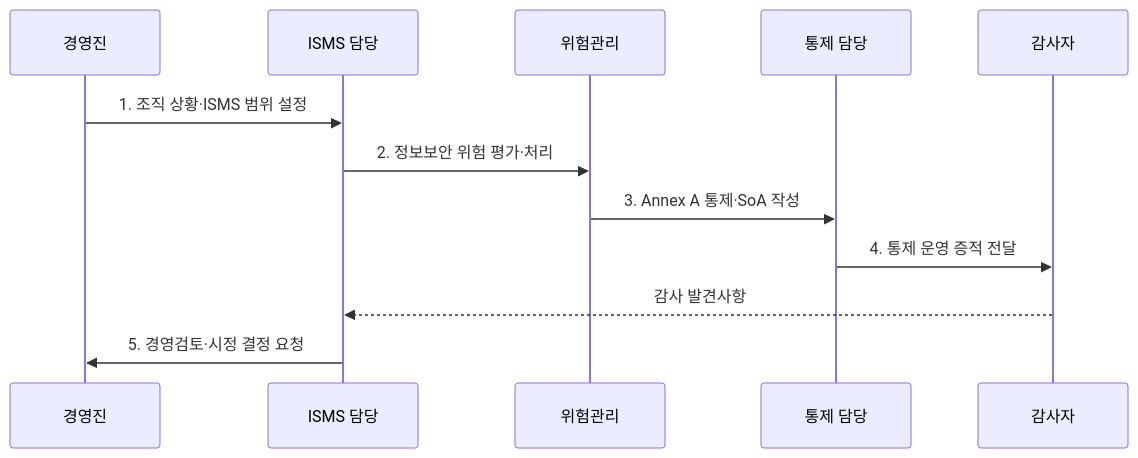
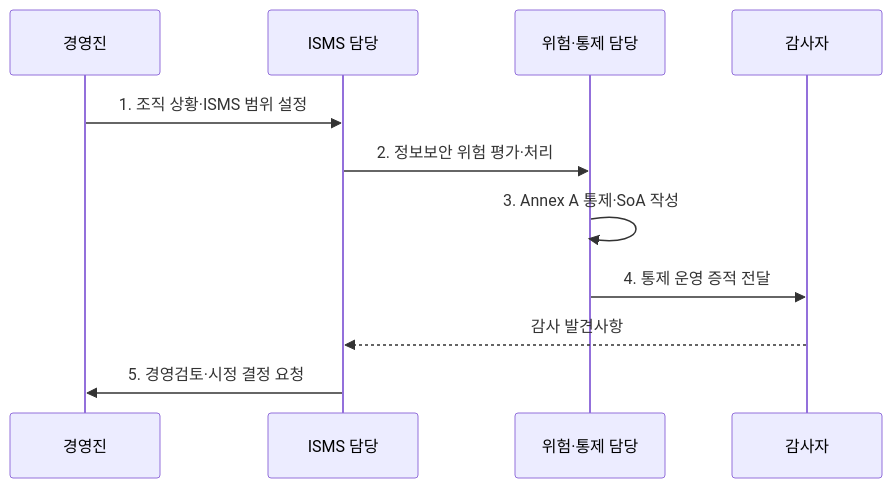
Before and after one commit to agnusdei1207/knowledge-base: the second of 2 diagrams in src/content/docs/notes/05-security/105_iso_27001.md, drawn with Mermaid. The commit also changed 9 other files, not shown here.

Commit message:
Streamline privacy governance sequences

````diff
--- a/src/content/docs/notes/05-security/105_iso_27001.md
+++ b/src/content/docs/notes/05-security/105_iso_27001.md
@@ -99,14 +99,13 @@
 ```mermaid
 sequenceDiagram
   participant M as 경영진
   participant I as ISMS 담당
-  participant R as 위험관리
-  participant C as 통제 담당
+  participant C as 위험·통제 담당
   participant A as 감사자
   M->>I: 1. 조직 상황·ISMS 범위 설정
-  I->>R: 2. 정보보안 위험 평가·처리
-  R->>C: 3. Annex A 통제·SoA 작성
+  I->>C: 2. 정보보안 위험 평가·처리
+  C->>C: 3. Annex A 통제·SoA 작성
   C->>A: 4. 통제 운영 증적 전달
   A-->>I: 감사 발견사항
   I->>M: 5. 경영검토·시정 결정 요청
 ```
````
